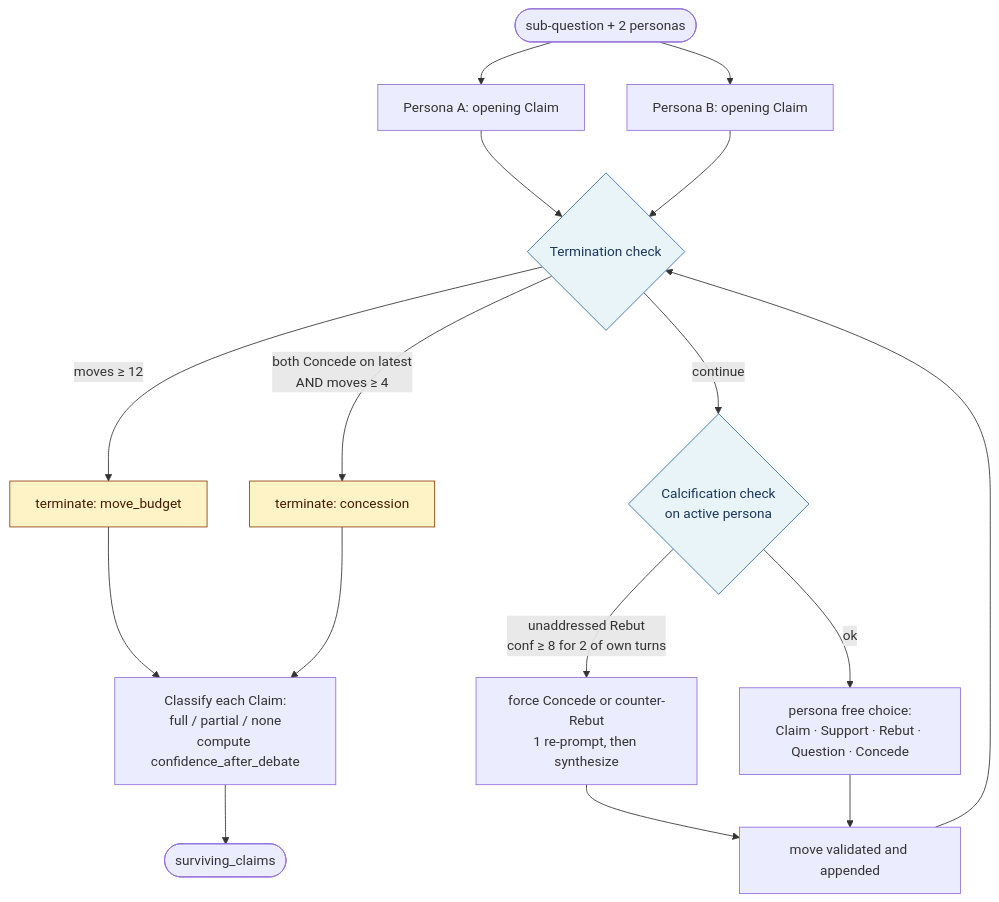
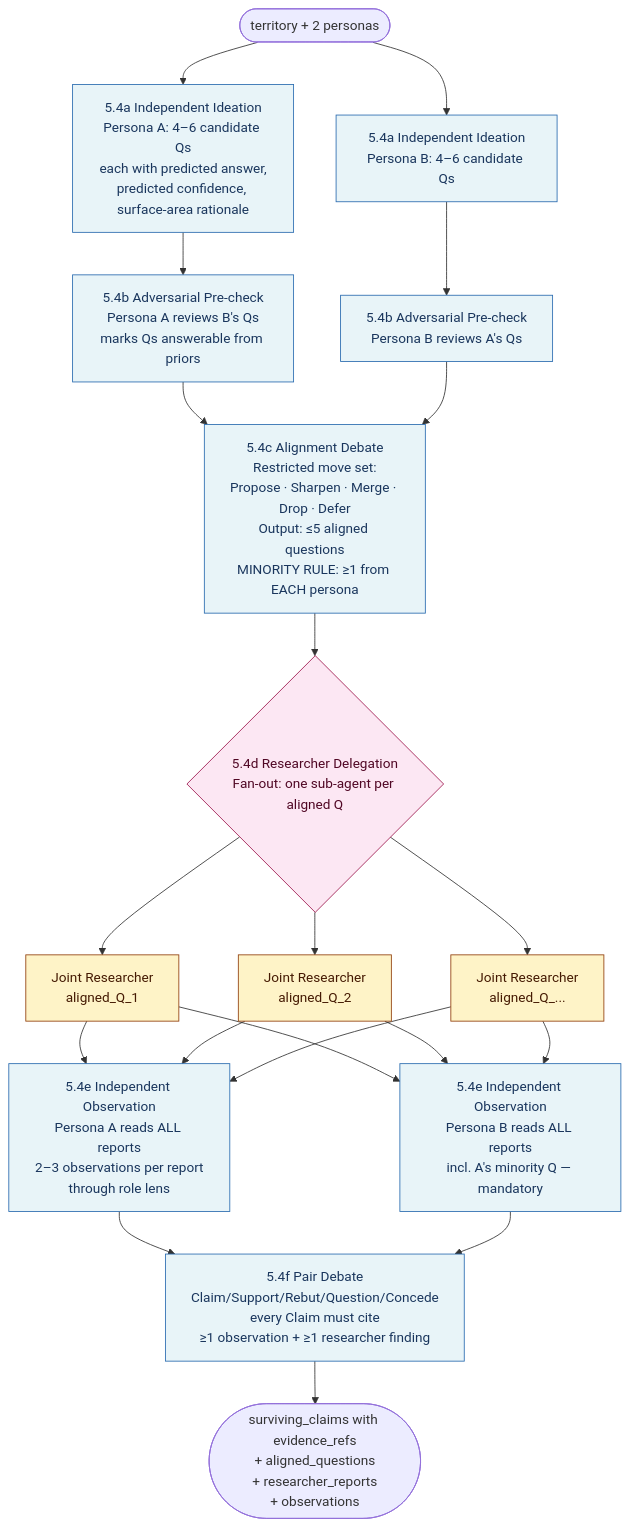
The second of 3 diagrams in specs/architecture.md (erykpiast/msv), drawn with Mermaid before and after one commit. The commit also changed other lines of this file and 2 other files, not shown here.

First line of the commit message:
docs(msv): reframe as question-generation machine, add v5 rebuild spec

````diff
--- a/specs/architecture.md
+++ b/specs/architecture.md
@@ -99,26 +151,39 @@
 ```mermaid
 flowchart TD
-    Start([sub-question + 2 personas])
-    Start --> OpenA[Persona A: opening Claim]
-    Start --> OpenB[Persona B: opening Claim]
-    OpenA --> Loop
-    OpenB --> Loop
-    Loop{Termination check}
-    Loop -- "moves ≥ 12" --> TermBudget[terminate: move_budget]
-    Loop -- "both Concede on latest<br/>AND moves ≥ 4" --> TermConcede[terminate: concession]
-    Loop -- continue --> Calc{Calcification check<br/>on active persona}
-    Calc -- "unaddressed Rebut<br/>conf ≥ 8 for 2 of own turns" --> Force[force Concede or counter-Rebut<br/>1 re-prompt, then synthesize]
-    Calc -- ok --> Free[persona free choice:<br/>Claim · Support · Rebut · Question · Concede]
-    Force --> Emit[move validated and appended]
-    Free --> Emit
-    Emit --> Loop
-    TermBudget --> Extract
-    TermConcede --> Extract
-    Extract[Classify each Claim:<br/>full / partial / none<br/>compute confidence_after_debate]
-    Extract --> End([surviving_claims])
+    Start([territory + 2 personas])
 
-    classDef term fill:#fef3c7,stroke:#92400e,color:#451a03
-    classDef check fill:#e8f4f8,stroke:#2b6cb0,color:#1a365d
-    class TermBudget,TermConcede term
-    class Loop,Calc check
+    Start --> A1[5.4a Independent Ideation<br/>Persona A: 4–6 candidate Qs<br/>each with predicted answer,<br/>predicted confidence, surface-area rationale]
+    Start --> A2[5.4a Independent Ideation<br/>Persona B: 4–6 candidate Qs]
+
+    A1 --> B1[5.4b Adversarial Pre-check<br/>Persona A reviews B's Qs<br/>marks Qs answerable from priors]
+    A2 --> B2[5.4b Adversarial Pre-check<br/>Persona B reviews A's Qs]
+
+    B1 --> C[5.4c Alignment Debate<br/>Restricted move set:<br/>Propose · Sharpen · Merge · Drop · Defer<br/>Output: ≤5 aligned questions<br/>MINORITY RULE: ≥1 from EACH persona]
+    B2 --> C
+
+    C --> D{5.4d Researcher Delegation<br/>Fan-out: one sub-agent per aligned Q}
+
+    D --> R1[Joint Researcher<br/>aligned_Q_1]
+    D --> R2[Joint Researcher<br/>aligned_Q_2]
+    D --> R3[Joint Researcher<br/>aligned_Q_...]
+
+    R1 --> E1[5.4e Independent Observation<br/>Persona A reads ALL reports<br/>2–3 observations per report<br/>through role lens]
+    R2 --> E1
+    R3 --> E1
+    R1 --> E2[5.4e Independent Observation<br/>Persona B reads ALL reports<br/>incl. A's minority Q — mandatory]
+    R2 --> E2
+    R3 --> E2
+
+    E1 --> F[5.4f Pair Debate<br/>Claim/Support/Rebut/Question/Concede<br/>every Claim must cite<br/>≥1 observation + ≥1 researcher finding]
+    E2 --> F
+
+    F --> End([surviving_claims with evidence_refs<br/>+ aligned_questions<br/>+ researcher_reports<br/>+ observations])
+
+    classDef llm fill:#e8f4f8,stroke:#2b6cb0,color:#1a365d
+    classDef det fill:#f5f5f5,stroke:#666,color:#222
+    classDef sub fill:#fef3c7,stroke:#92400e,color:#451a03
+    classDef fan fill:#fce7f3,stroke:#9d174d,color:#500724
+    class A1,A2,B1,B2,C,E1,E2,F llm
+    class D fan
+    class R1,R2,R3 sub
 ```
````
